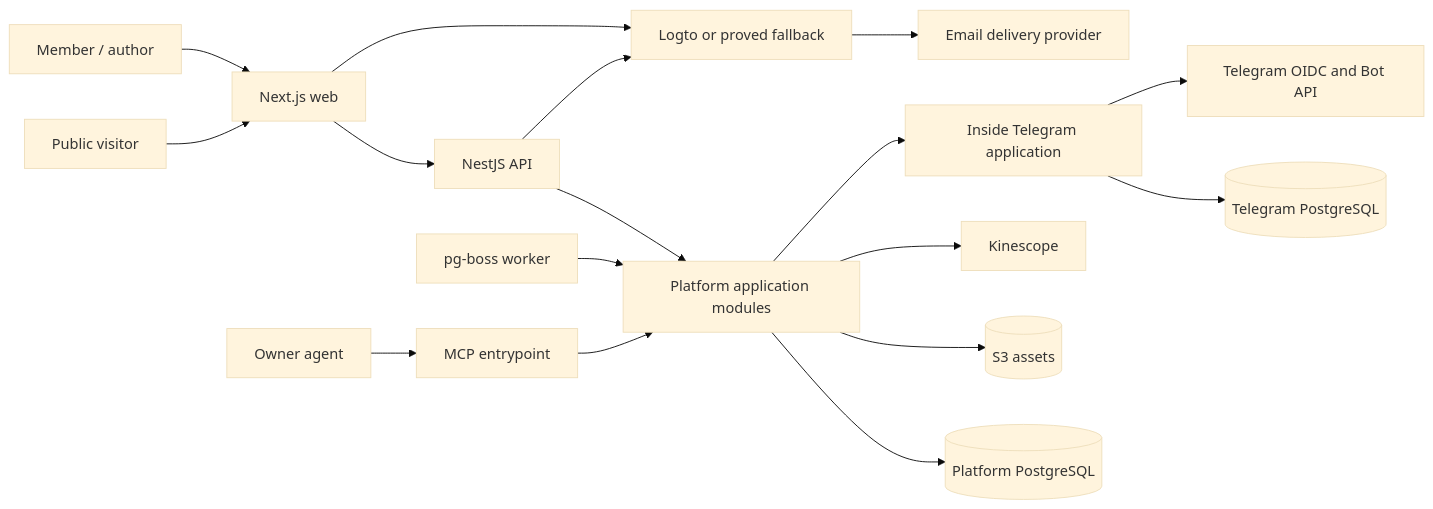
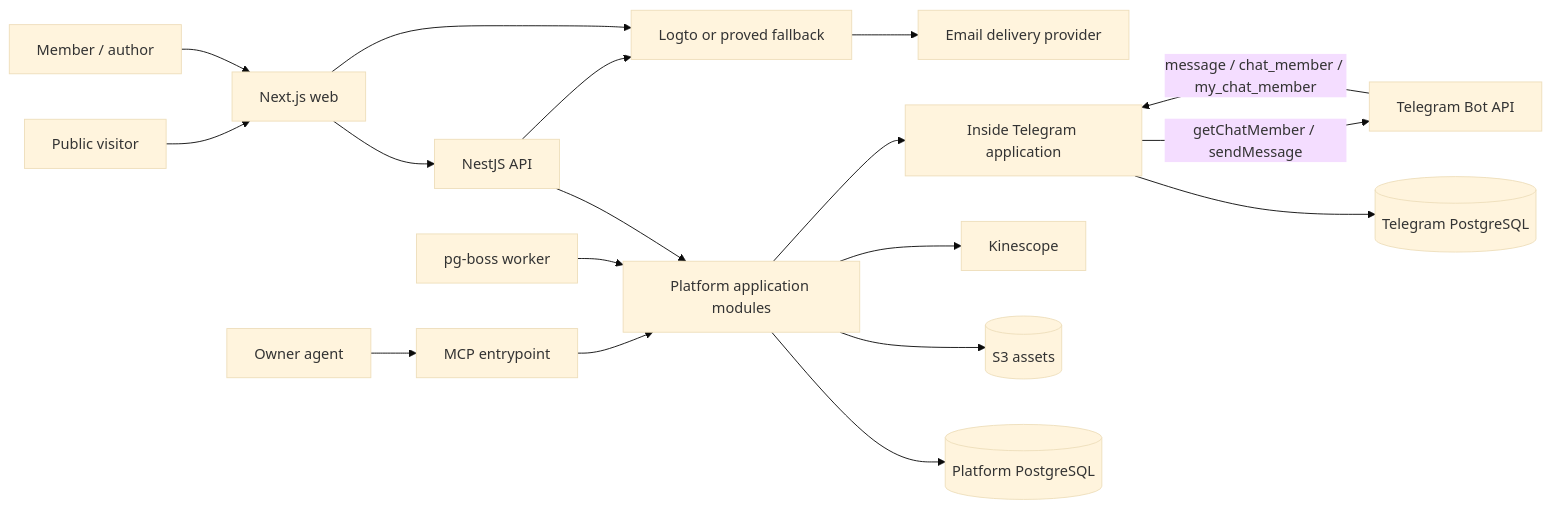
One commit to sachkov-inside/workspace changed the first of 2 diagrams in docs/specifications/platform-v1.md. Above: the diagram before and after it, drawn with Mermaid (base theme). The commit also changed other lines of this file and 9 other files, not shown here.

````diff
--- a/docs/specifications/platform-v1.md
+++ b/docs/specifications/platform-v1.md
@@ -162,19 +165,20 @@
 ```mermaid
 flowchart LR
     Visitor[Public visitor] --> Web[Next.js web]
     Member[Member / author] --> Web
     Agent[Owner agent] --> MCP[MCP entrypoint]
     Web --> API[NestJS API]
     MCP --> App[Platform application modules]
     API --> App
     Worker[pg-boss worker] --> App
     App --> PDB[(Platform PostgreSQL)]
     App --> S3[(S3 assets)]
     App --> Kin[Kinescope]
     Web --> IdP[Logto or proved fallback]
     API --> IdP
     IdP --> Email[Email delivery provider]
     App --> Tg[Inside Telegram application]
     Tg --> TDB[(Telegram PostgreSQL)]
-    Tg --> Telegram[Telegram OIDC and Bot API]
+    Telegram -->|message / chat_member / my_chat_member| Tg
+    Tg -->|getChatMember / sendMessage| Telegram[Telegram Bot API]
 ```
````
